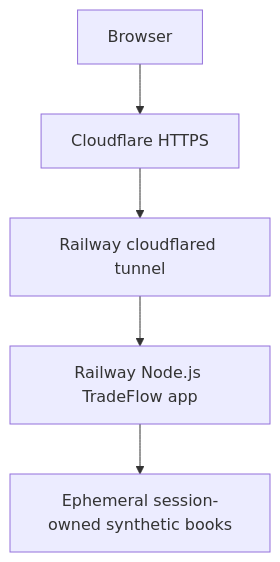
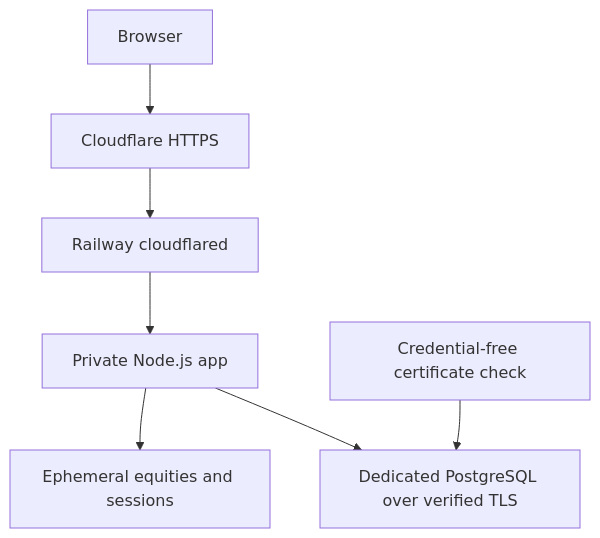
Before and after one commit to farhan-shafee/institutional-trading-sdet-lab: the diagram in docs/RAILWAY_PRODUCTION.md, drawn with Mermaid. The commit also changed other lines of this file and 4 other files, not shown here.

````diff
--- a/docs/RAILWAY_PRODUCTION.md
+++ b/docs/RAILWAY_PRODUCTION.md
@@ -11,7 +7,9 @@
 ```mermaid
 flowchart TD
   Browser["Browser"] --> Edge["Cloudflare HTTPS"]
-  Edge --> Tunnel["Railway cloudflared tunnel"]
-  Tunnel --> App["Railway Node.js TradeFlow app"]
-  App --> State["Ephemeral session-owned synthetic books"]
+  Edge --> Tunnel["Railway cloudflared"]
+  Tunnel --> App["Private Node.js app"]
+  App --> Books["Ephemeral equities and sessions"]
+  App --> Database["Dedicated PostgreSQL over verified TLS"]
+  Monitor["Credential-free certificate check"] --> Database
 ```
````
